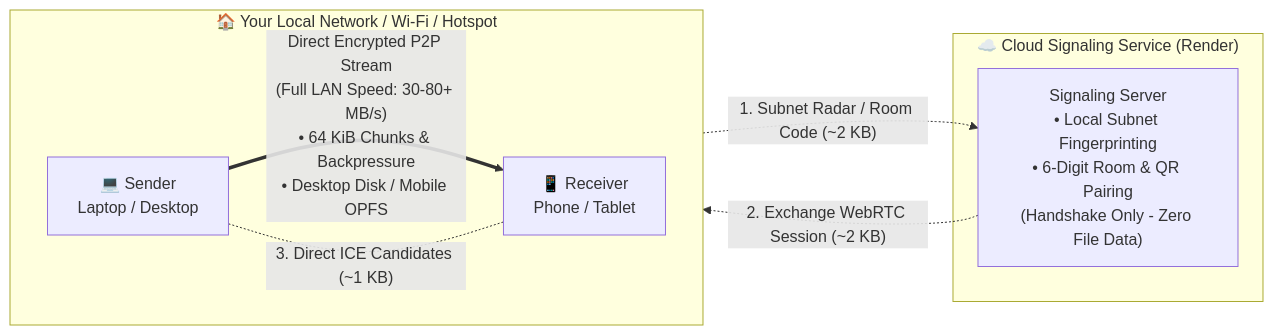
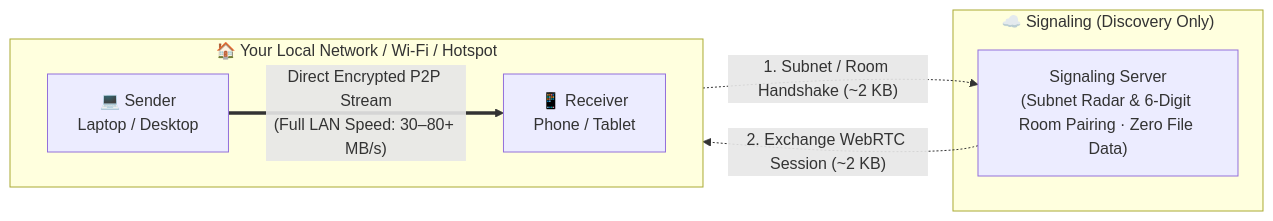
Before and after one commit to bilalzulfiqar-pk/lan-share: the first of 2 diagrams in README.md, drawn with Mermaid. The commit also changed 1 other file, not shown here.

Commit message:
docs(readme): streamline architecture diagram and generalize signaling label

````diff
--- a/README.md
+++ b/README.md
@@ -100,18 +100,17 @@
 ```mermaid
 flowchart LR
-    subgraph Cloud ["☁️ Cloud Signaling Service (Render)"]
-        Server["Signaling Server<br/>• Local Subnet Fingerprinting<br/>• 6-Digit Room & QR Pairing<br/>(Handshake Only - Zero File Data)"]
+    subgraph Cloud ["☁️ Signaling (Discovery Only)"]
+        Server["Signaling Server<br/>(Subnet Radar & 6-Digit Room Pairing · Zero File Data)"]
     end
 
     subgraph LocalNet ["🏠 Your Local Network / Wi-Fi / Hotspot"]
         direction LR
         DevA["💻 Sender<br/>Laptop / Desktop"]
         DevB["📱 Receiver<br/>Phone / Tablet"]
         
-        DevA == "Direct Encrypted P2P Stream<br/>(Full LAN Speed: 30-80+ MB/s)<br/>• 64 KiB Chunks & Backpressure<br/>• Desktop Disk / Mobile OPFS" ==> DevB
+        DevA == "Direct Encrypted P2P Stream<br/>(Full LAN Speed: 30–80+ MB/s)" ==> DevB
     end
 
-    DevA -. "1. Subnet Radar / Room Code (~2 KB)" .-> Server
+    DevA -. "1. Subnet / Room Handshake (~2 KB)" .-> Server
     Server -. "2. Exchange WebRTC Session (~2 KB)" .-> DevB
-    DevA -. "3. Direct ICE Candidates (~1 KB)" .- DevB
 ```
````
